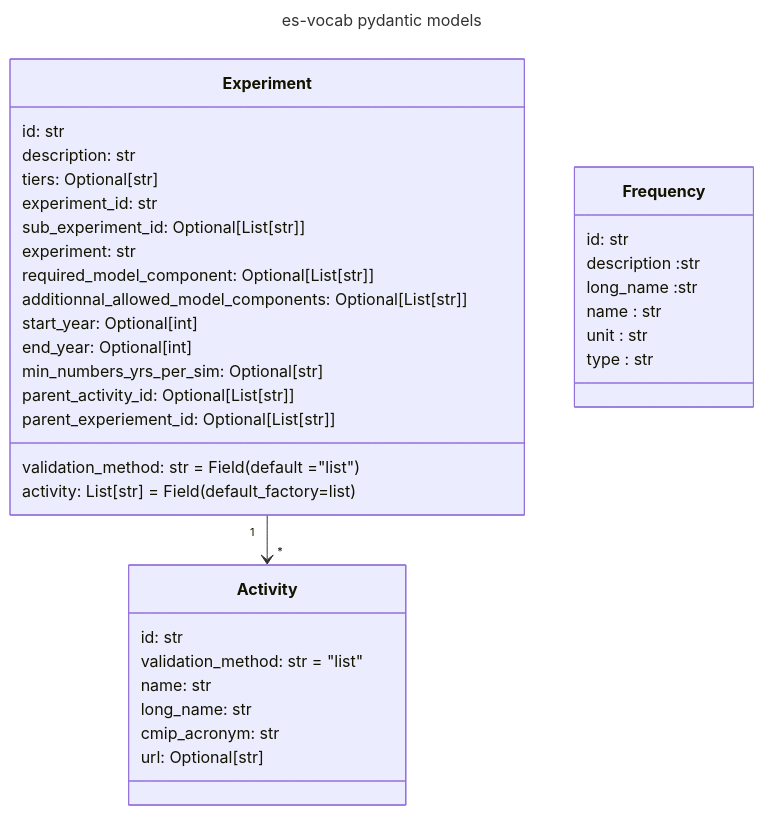
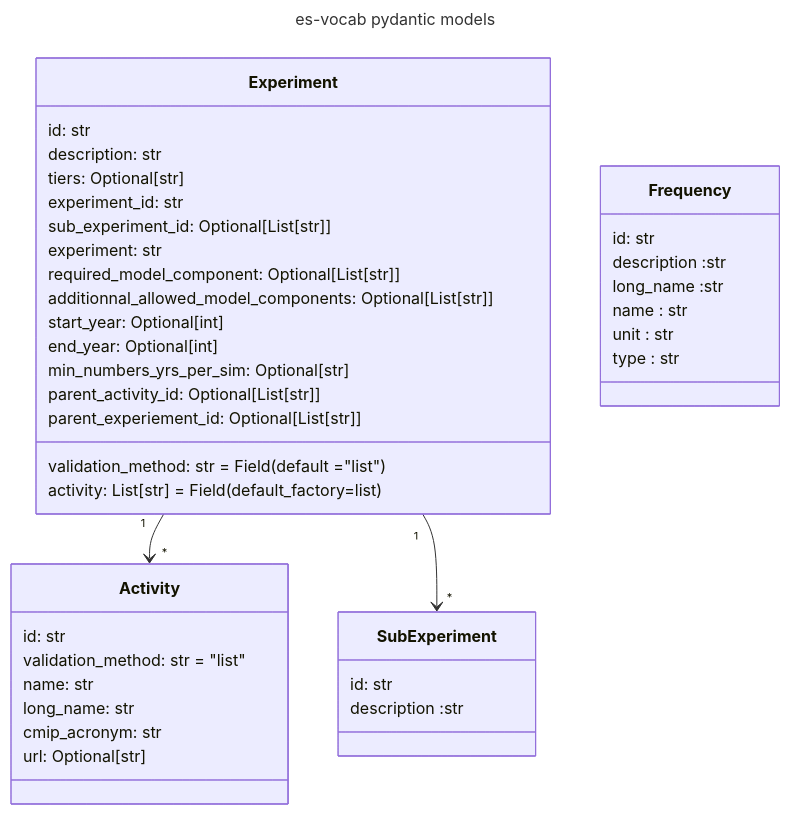
The first of 2 diagrams in TODO.md (PCMDI/mip-cmor-tables), drawn with Mermaid before and after one commit. The commit also changed other lines of this file and 79 other files, not shown here.

Commit message:
create sub_experiment script, pydantic model for sub_experiment, sub_experiment context + sub_experiment pytest for term validation + factorisation+ TODO update

````diff
--- a/TODO.md
+++ b/TODO.md
@@ -86,49 +85,55 @@
 ``` mermaid
 ---
 title: es-vocab pydantic models 
 ---
 classDiagram
     Experiment "1" --> "*" Activity
+    Experiment "1" --> "*" SubExperiment
 
 
     class Frequency{
     id: str 
     description :str
     long_name :str 
     name : str 
     unit : str 
     type : str 
     
     }
     class Activity{
 
     id: str 
     validation_method: str = "list"
     name: str 
     long_name: str 
     cmip_acronym: str 
     url: Optional[str] 
 
     }
     
     class Experiment{
         id: str 
     validation_method: str = Field(default ="list")
     activity: List[str] = Field(default_factory=list)
     description: str 
     tiers: Optional[str] 
     experiment_id: str 
     sub_experiment_id: Optional[List[str]] 
     experiment: str 
     required_model_component: Optional[List[str]] 
     additionnal_allowed_model_components: Optional[List[str]] 
     start_year: Optional[int] 
     end_year: Optional[int] 
     min_numbers_yrs_per_sim: Optional[str] 
     parent_activity_id: Optional[List[str]] 
     parent_experiement_id: Optional[List[str]] 
 
     }
+    class SubExperiment{
+
+    id: str 
+    description :str
+}
 
 
 ```
````
